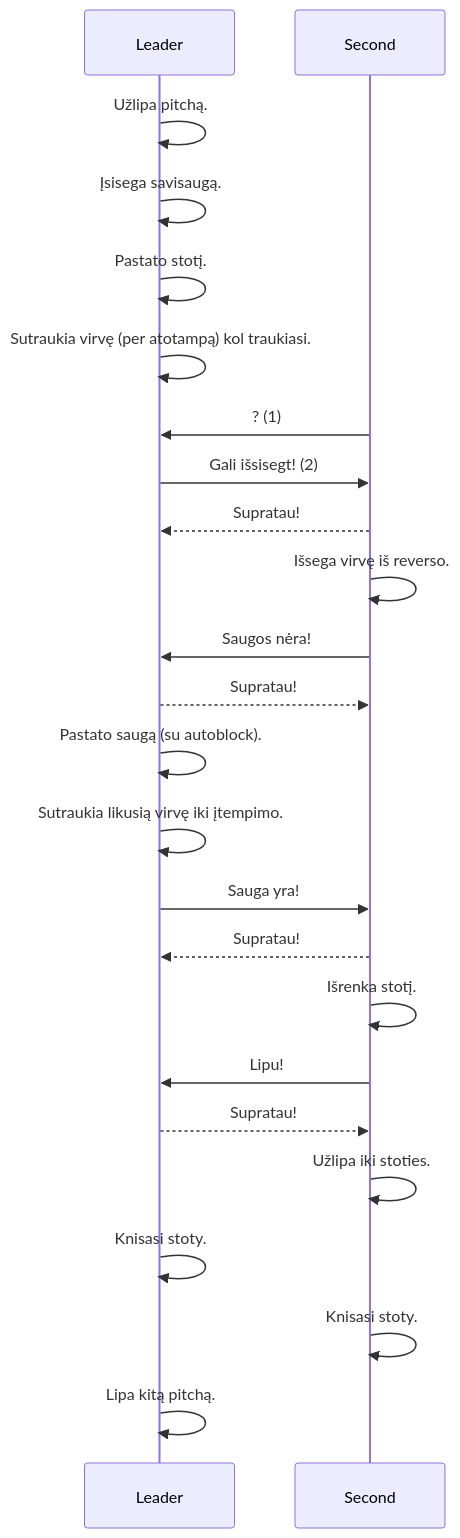
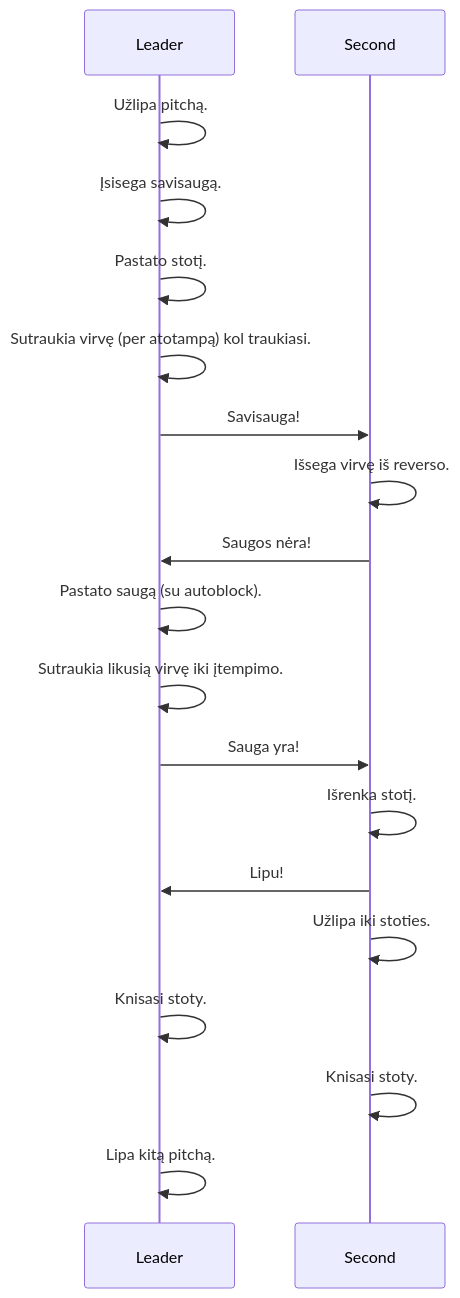
Before and after one commit to vzurauskas/multipitch: the diagram in README.md, drawn with Mermaid.

````diff
--- a/README.md
+++ b/README.md
@@ -4,25 +4,20 @@
 ```mermaid
 sequenceDiagram
     Leader ->> Leader: Užlipa pitchą.
     Leader ->> Leader: Įsisega savisaugą.
     Leader ->> Leader: Pastato stotį.
     Leader ->> Leader: Sutraukia virvę (per atotampą) kol traukiasi.
-    Second ->> Leader: ? (1)
-    Leader ->> Second: Gali išsisegt! (2)
-    Second -->> Leader: Supratau!
+    Leader ->> Second: Savisauga!
     Second ->> Second: Išsega virvę iš reverso.
     Second ->> Leader: Saugos nėra!
-    Leader -->> Second: Supratau!
     Leader ->> Leader: Pastato saugą (su autoblock).
     Leader ->> Leader: Sutraukia likusią virvę iki įtempimo.
     Leader ->> Second: Sauga yra!
-    Second -->> Leader: Supratau!
     Second ->> Second: Išrenka stotį.
     Second ->> Leader: Lipu!
-    Leader -->> Second: Supratau!
     Second ->> Second: Užlipa iki stoties.
     Leader ->> Leader: Knisasi stoty.
     Second ->> Second: Knisasi stoty.
     Leader ->> Leader: Lipa kitą pitchą.
     
 ```
````
